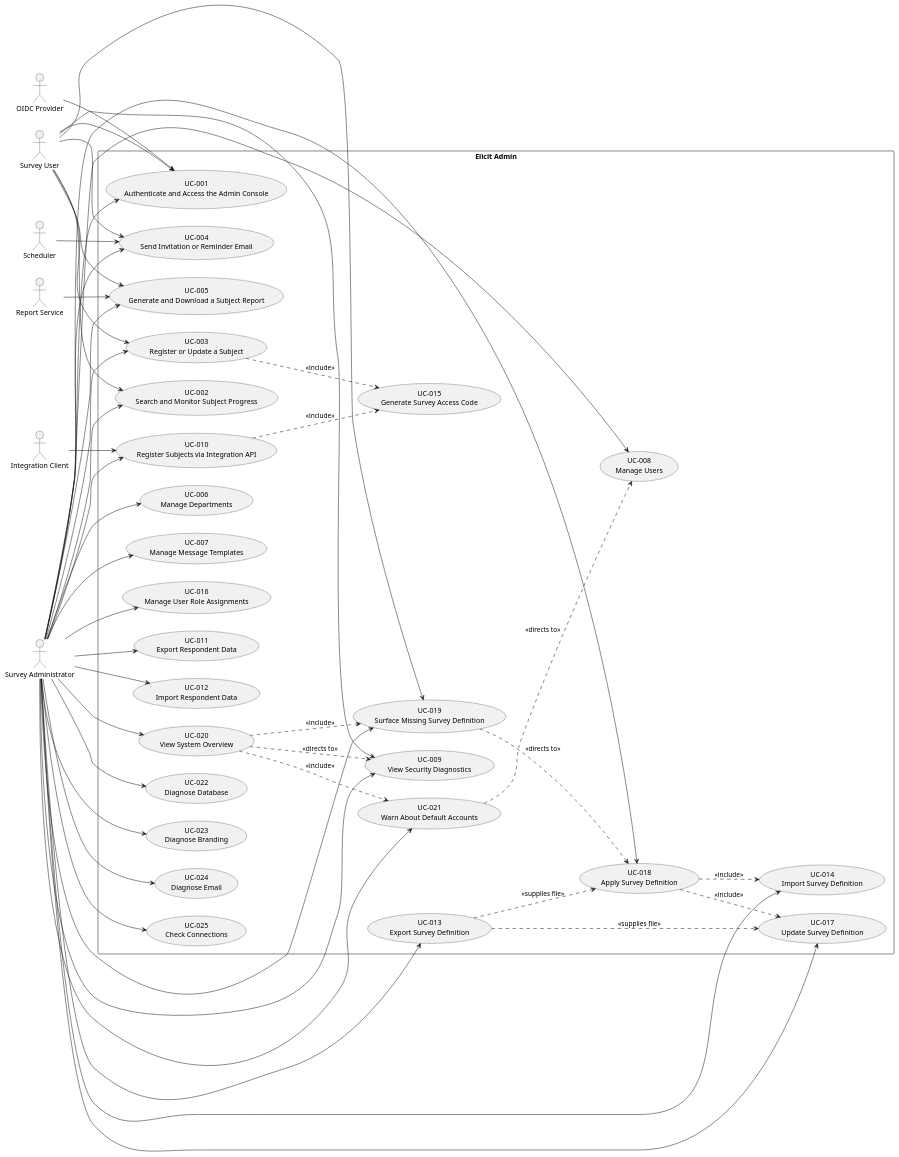
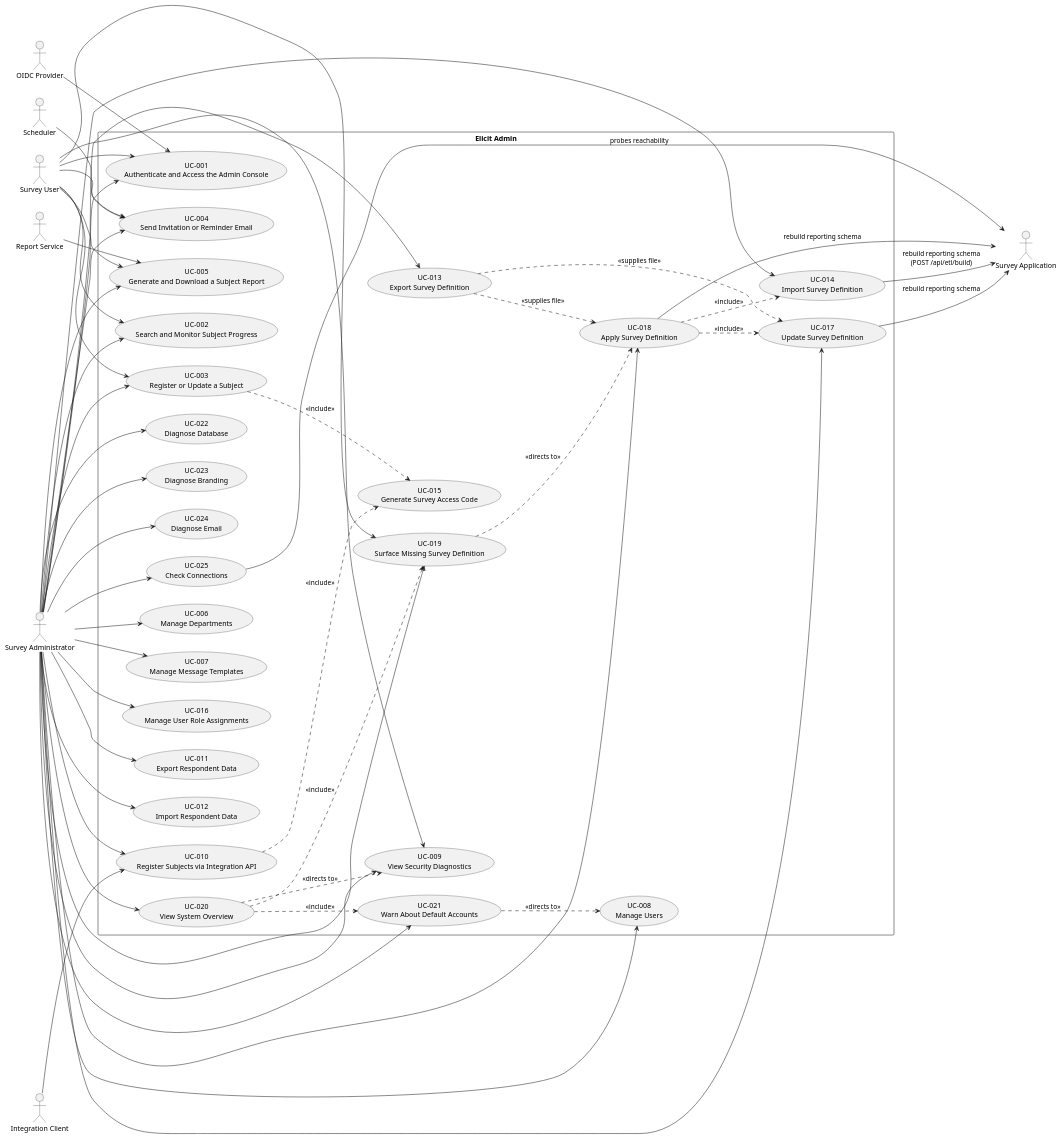
One commit to ElicitSoftware/Admin changed the diagram in docs/use_cases.puml. Above: the diagram before and after it, drawn with PlantUML. The commit also changed 33 other files, not shown here.

First line of the commit message:
Portable respondent export/import, reporting rebuild after apply, numeric compare on update

```diff
--- a/docs/use_cases.puml
+++ b/docs/use_cases.puml
@@ -1,104 +1,109 @@
 @startuml Use Cases Overview
 left to right direction
 
 actor "Survey User" as user
 actor "Survey Administrator" as admin
 actor "Integration Client" as importer
 actor "OIDC Provider" as oidc
 actor "Scheduler" as scheduler
 actor "Report Service" as reportsvc
+actor "Survey Application" as surveyapp
 
 rectangle "Elicit Admin" {
     ' --- Interactive console (user + admin) ---
     usecase "UC-001\nAuthenticate and Access the Admin Console" as UC001
     usecase "UC-002\nSearch and Monitor Subject Progress" as UC002
     usecase "UC-003\nRegister or Update a Subject" as UC003
     usecase "UC-004\nSend Invitation or Reminder Email" as UC004
     usecase "UC-005\nGenerate and Download a Subject Report" as UC005
     usecase "UC-009\nView Security Diagnostics" as UC009
 
     ' --- Administration (admin only) ---
     usecase "UC-006\nManage Departments" as UC006
     usecase "UC-007\nManage Message Templates" as UC007
     usecase "UC-008\nManage Users" as UC008
     usecase "UC-016\nManage User Role Assignments" as UC016
 
     ' --- Integration and data lifecycle ---
     usecase "UC-010\nRegister Subjects via Integration API" as UC010
     usecase "UC-011\nExport Respondent Data" as UC011
     usecase "UC-012\nImport Respondent Data" as UC012
     usecase "UC-013\nExport Survey Definition" as UC013
     usecase "UC-014\nImport Survey Definition" as UC014
     usecase "UC-017\nUpdate Survey Definition" as UC017
     usecase "UC-018\nApply Survey Definition" as UC018
     usecase "UC-019\nSurface Missing Survey Definition" as UC019
 
     ' --- System setup and diagnostics (admin only) ---
     usecase "UC-020\nView System Overview" as UC020
     usecase "UC-021\nWarn About Default Accounts" as UC021
     usecase "UC-022\nDiagnose Database" as UC022
     usecase "UC-023\nDiagnose Branding" as UC023
     usecase "UC-024\nDiagnose Email" as UC024
     usecase "UC-025\nCheck Connections" as UC025
 
     ' --- Shared subflow ---
     usecase "UC-015\nGenerate Survey Access Code" as UC015
 }
 
 ' Survey User
 user --> UC001
 user --> UC002
 user --> UC003
 user --> UC004
 user --> UC005
 user --> UC009
 user --> UC019
 
 ' Administrator (inherits user goals plus administration and data lifecycle)
 admin --> UC001
 admin --> UC002
 admin --> UC003
 admin --> UC004
 admin --> UC005
 admin --> UC006
 admin --> UC007
 admin --> UC008
 admin --> UC016
 admin --> UC009
 admin --> UC010
 admin --> UC011
 admin --> UC012
 admin --> UC013
 admin --> UC014
 admin --> UC017
 admin --> UC018
 admin --> UC019
 admin --> UC020
 admin --> UC021
 admin --> UC022
 admin --> UC023
 admin --> UC024
 admin --> UC025
 
 ' Integration Client
 importer --> UC010
 
 ' External systems
 oidc --> UC001
 scheduler --> UC004
 reportsvc --> UC005
+UC014 --> surveyapp : rebuild reporting schema\n(POST /api/etl/build)
+UC017 --> surveyapp : rebuild reporting schema
+UC018 --> surveyapp : rebuild reporting schema
+UC025 --> surveyapp : probes reachability
 
 ' Shared subflows
 UC003 ..> UC015 : <<include>>
 UC010 ..> UC015 : <<include>>
 UC013 ..> UC017 : <<supplies file>>
 UC013 ..> UC018 : <<supplies file>>
 UC018 ..> UC014 : <<include>>
 UC018 ..> UC017 : <<include>>
 UC019 ..> UC018 : <<directs to>>
 UC020 ..> UC021 : <<include>>
 UC020 ..> UC019 : <<include>>
 UC021 ..> UC008 : <<directs to>>
 UC020 ..> UC009 : <<directs to>>
 
 @enduml
```
